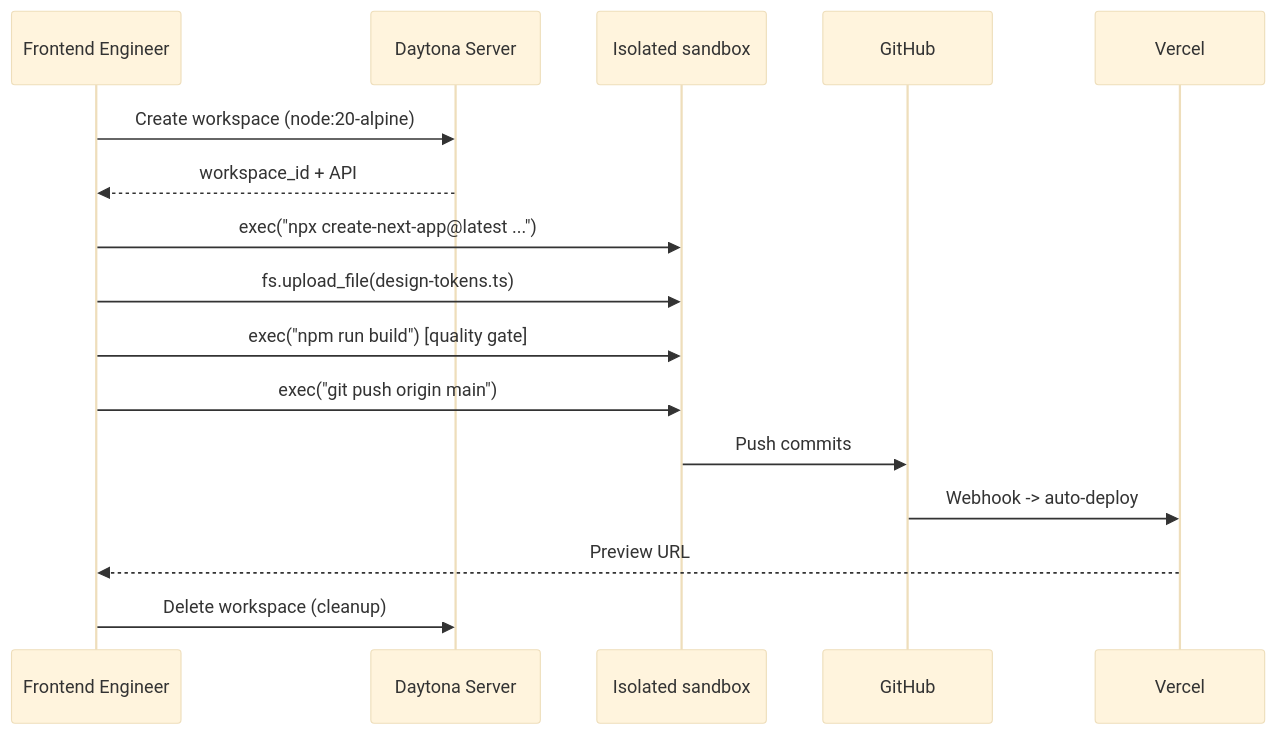
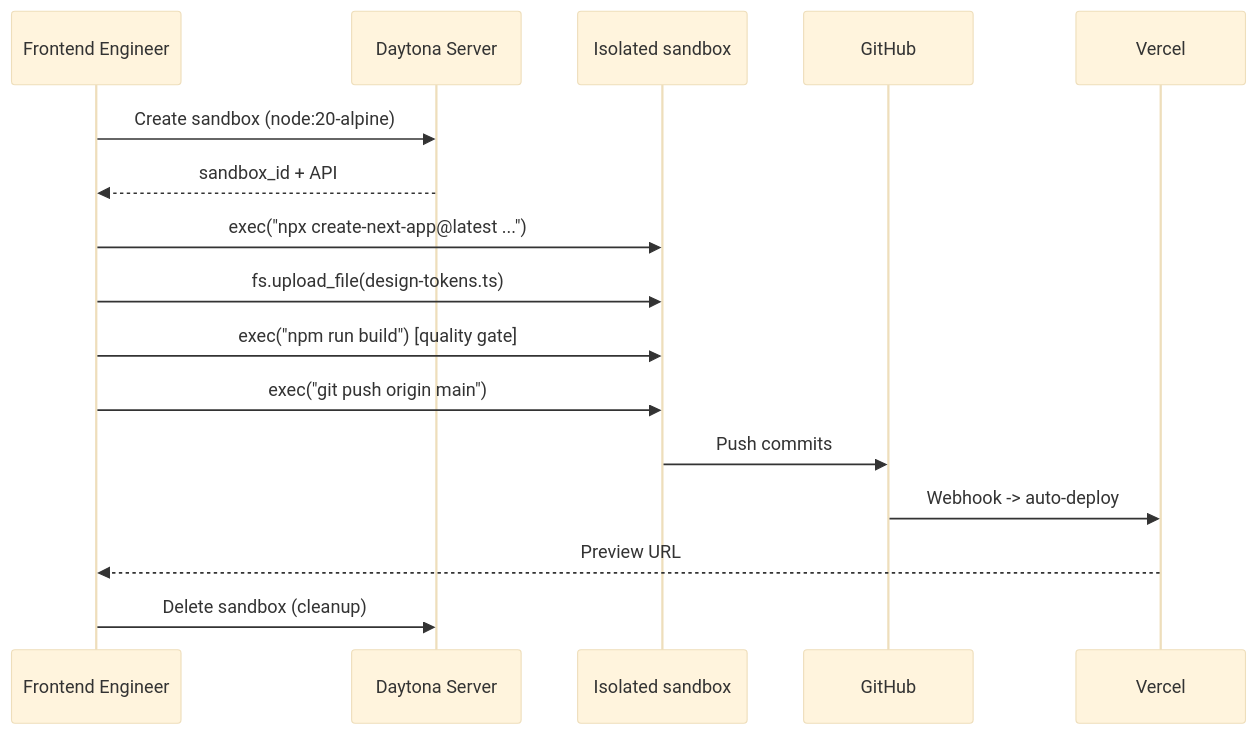
One commit to snowby666/forge changed the third of 4 diagrams in docs/07-infrastructure.md. Above: the diagram before and after it, drawn with Mermaid (base theme). The commit also changed other lines of this file and 4 other files, not shown here.

````diff
--- a/docs/07-infrastructure.md
+++ b/docs/07-infrastructure.md
@@ -189,19 +189,19 @@
 ```mermaid
 sequenceDiagram
     participant FE as Frontend Engineer
     participant DYT as Daytona Server
     participant SBX as Isolated sandbox
     participant GH as GitHub
     participant VCL as Vercel
 
-    FE->>DYT: Create workspace (node:20-alpine)
-    DYT-->>FE: workspace_id + API
+    FE->>DYT: Create sandbox (node:20-alpine)
+    DYT-->>FE: sandbox_id + API
     FE->>SBX: exec("npx create-next-app@latest ...")
     FE->>SBX: fs.upload_file(design-tokens.ts)
     FE->>SBX: exec("npm run build") [quality gate]
     FE->>SBX: exec("git push origin main")
     SBX->>GH: Push commits
     GH->>VCL: Webhook -> auto-deploy
     VCL-->>FE: Preview URL
-    FE->>DYT: Delete workspace (cleanup)
+    FE->>DYT: Delete sandbox (cleanup)
 ```
````
